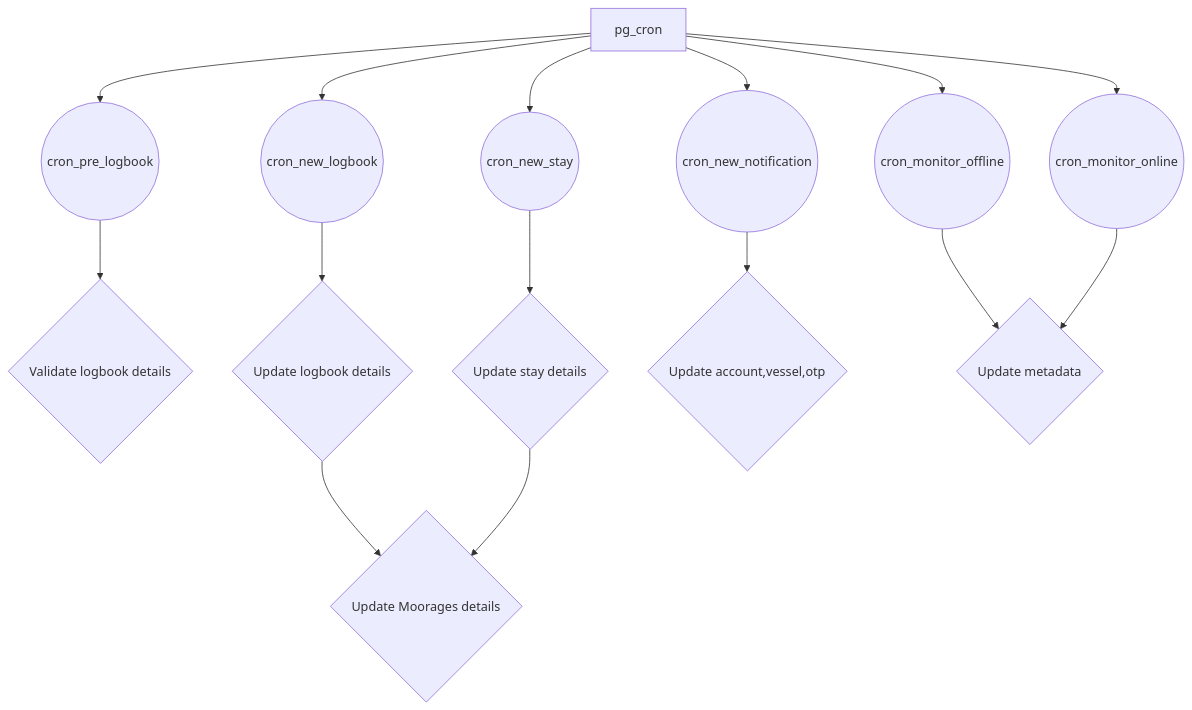
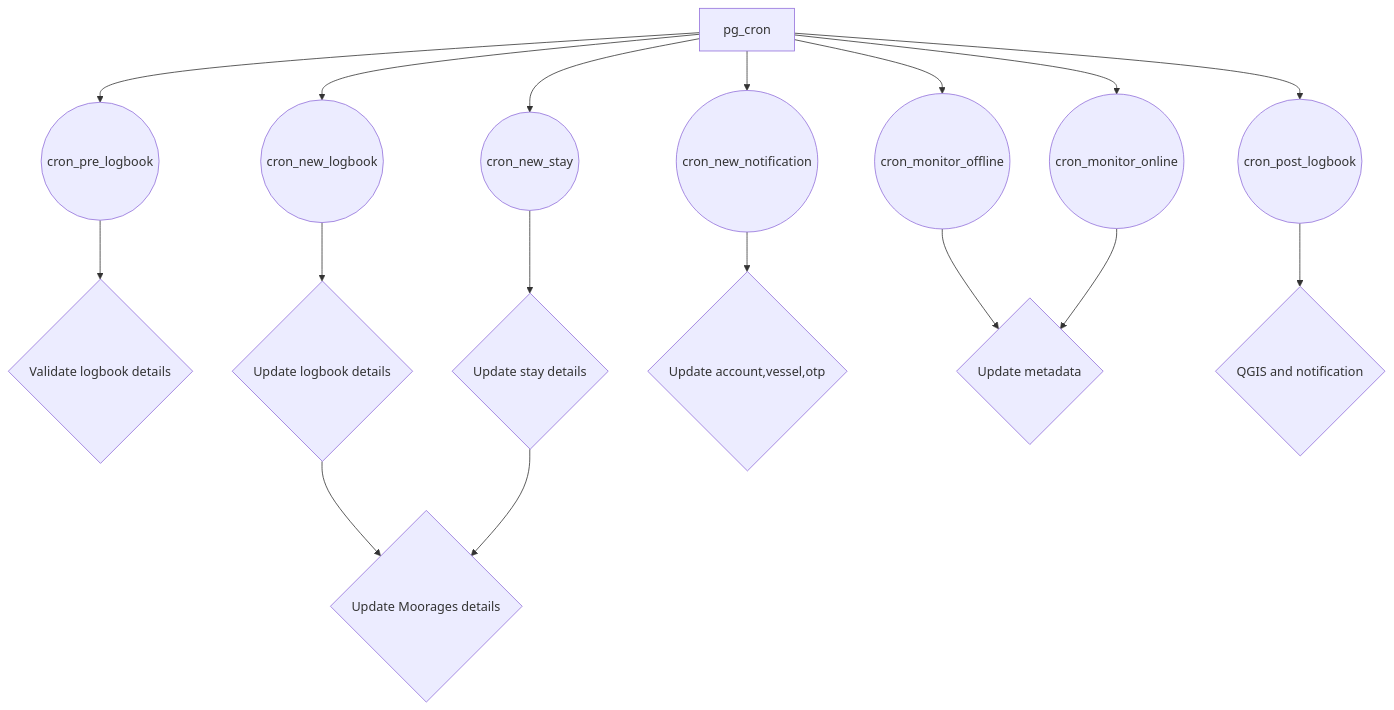
The second of 2 diagrams in docs/ERD/README.md (xbgmsharp/postgsail), drawn with Mermaid before and after one commit.

Commit message:
Update flowchart to reflect the new cronjob

````diff
--- a/docs/ERD/README.md
+++ b/docs/ERD/README.md
@@ -59,17 +59,19 @@
 ```mermaid
 flowchart TD
     A[pg_cron] --> B((cron_new_notification))
     A --> C((cron_pre_logbook))
     A --> D((cron_new_logbook))
     A --> E((cron_new_stay))
     A --> F((cron_monitor_offline))
     A --> G((cron_monitor_online))
     C --> K{Validate logbook details}
     D --> L{Update logbook details}
     E --> M{Update stay details}
     L --> N{Update Moorages details}
     M --> N{Update Moorages details}
     B --> O{Update account,vessel,otp}
     F --> P{Update metadata}
     G --> P
+    A --> Q((cron_post_logbook))
+    Q --> R{QGIS and notification}
 ```
````
